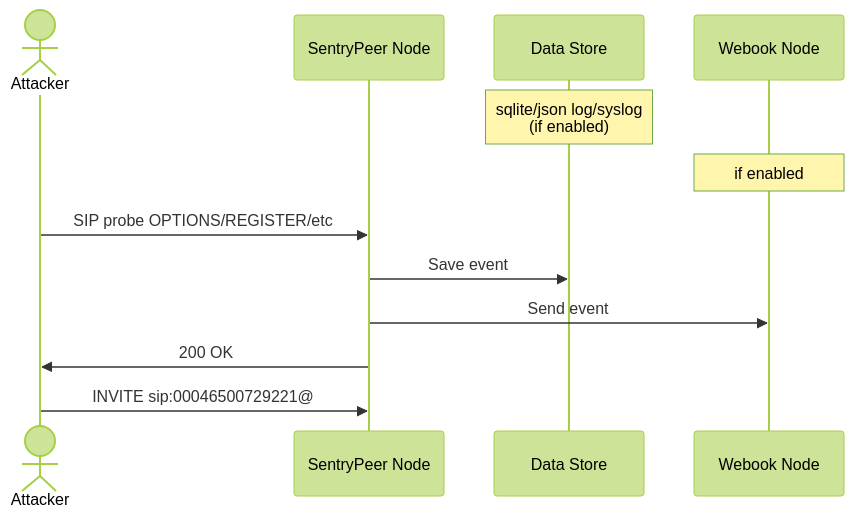
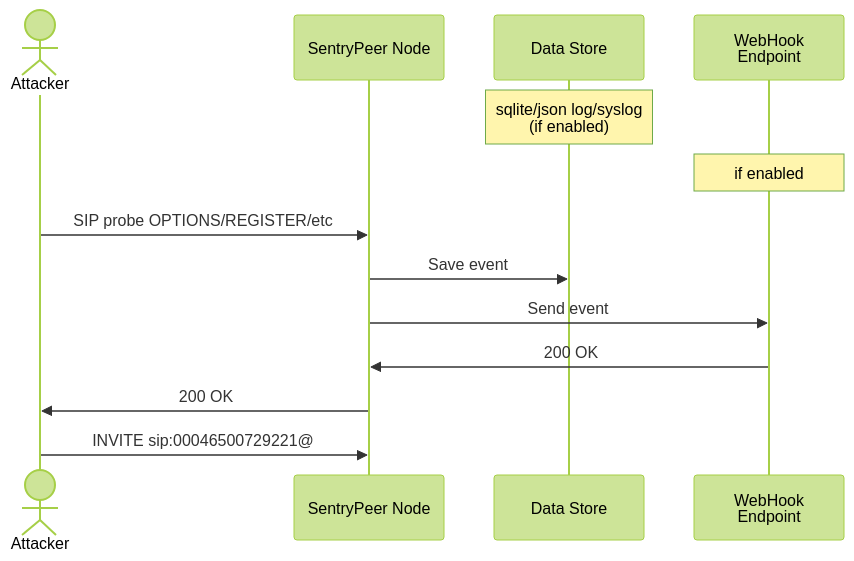
Before and after one commit to SentryPeer/SentryPeer: the first of 4 diagrams in README.md, drawn with Mermaid (forest theme). The commit also changed other lines of this file, not shown here.

Commit message:
docs: Some mermaid corrections

````diff
--- a/README.md
+++ b/README.md
@@ -92,14 +94,15 @@
 ```mermaid
 sequenceDiagram
     actor A as Attacker
     participant S as SentryPeer Node
     participant DS as Data Store
-    participant W as Webook Node
+    participant W as WebHook <br/>Endpoint
     Note over DS: sqlite/json log/syslog <br/>(if enabled)
     Note over W: if enabled
     A->>S: SIP probe OPTIONS/REGISTER/etc
     S->>DS: Save event
     S->>W: Send event
+    W->>S: 200 OK
     S->>A: 200 OK
     A->>S: INVITE sip:00046500729221@
 ```
````
